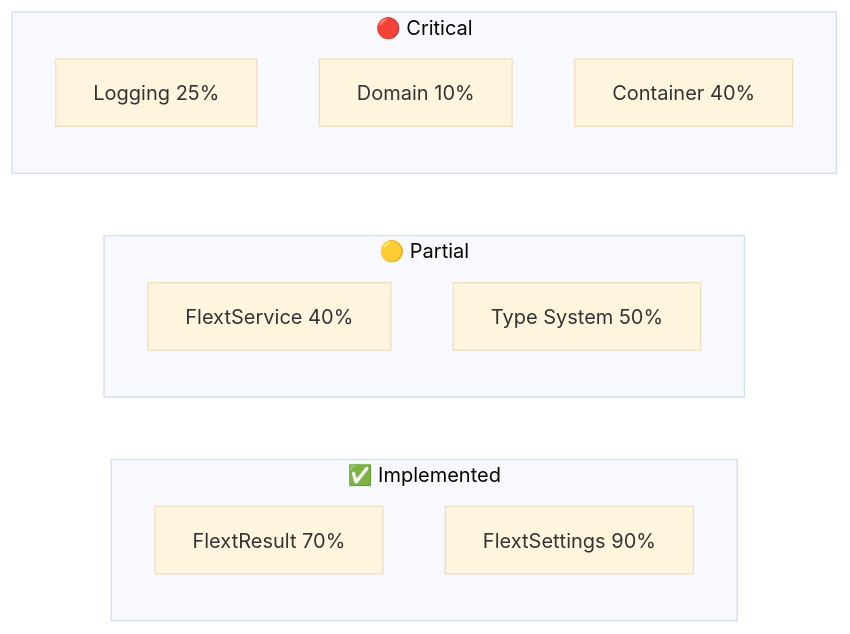
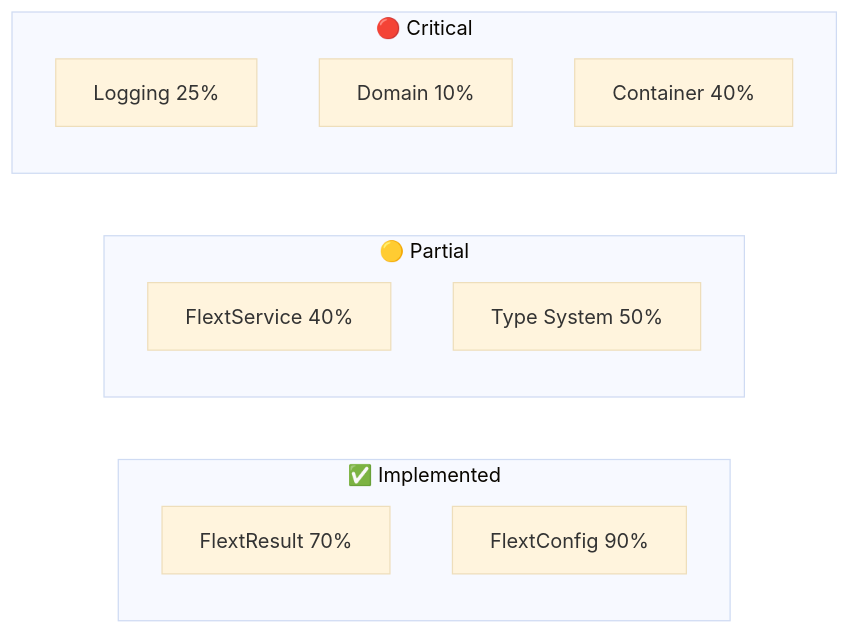
Before and after one commit to flext-sh/flext-api: the diagram in docs/index.md, drawn with Mermaid (base theme). The commit also changed other lines of this file and 20 other files, not shown here.

````diff
--- a/docs/index.md
+++ b/docs/index.md
@@ -121,18 +121,18 @@
 ```mermaid
 graph LR
     subgraph "✅ Implemented"
         A[FlextResult 70%]
-        B[FlextSettings 90%]
+        B[FlextConfig 90%]
     end
 
     subgraph "🟡 Partial"
         C[FlextService 40%]
         D[Type System 50%]
     end
 
     subgraph "🔴 Critical"
         E[Logging 25%]
         F[Domain 10%]
         G[Container 40%]
     end
 ```
````
